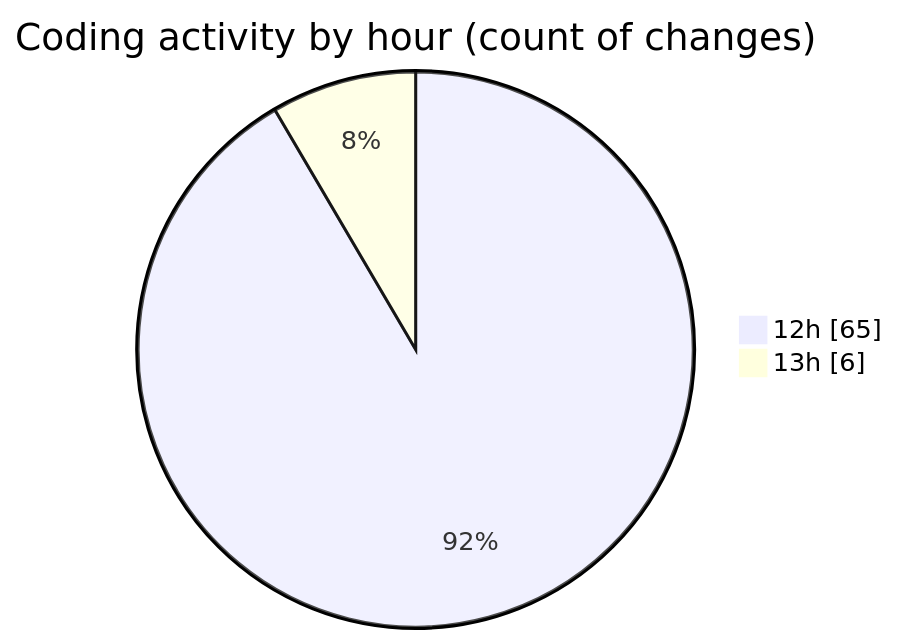
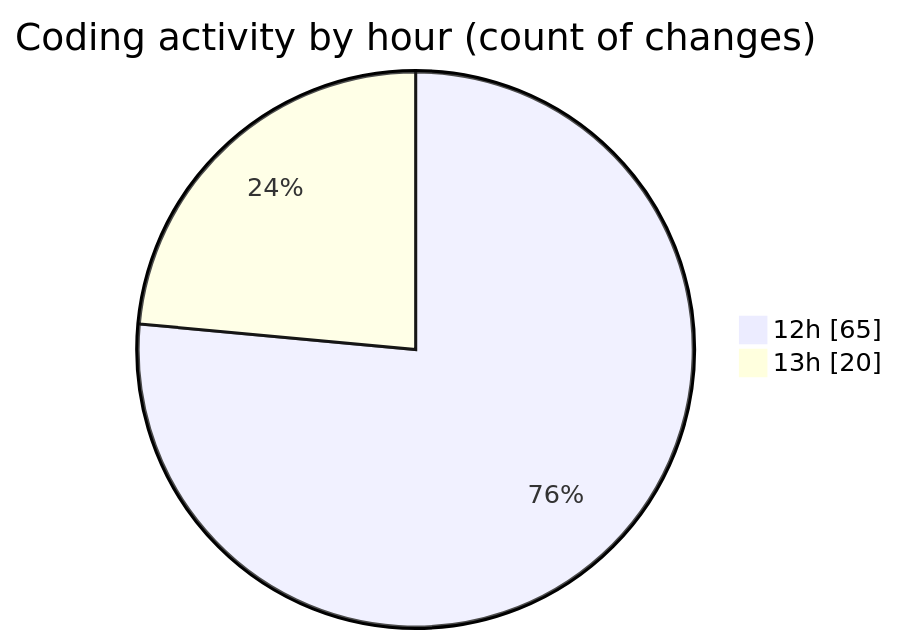
One commit to lephambinh05/code-tracking changed the second of 2 diagrams in 2025-07-19/eduwallet-main/README.md. Above: the diagram before and after it, drawn with Mermaid. The commit also changed other lines of this file and 1 other file, not shown here.

````diff
--- a/2025-07-19/eduwallet-main/README.md
+++ b/2025-07-19/eduwallet-main/README.md
@@ -66,6 +71,6 @@
 ```mermaid
 pie showData
 title Coding activity by hour (count of changes)
 "12h" : 65
-"13h" : 6
+"13h" : 20
 ```
````
